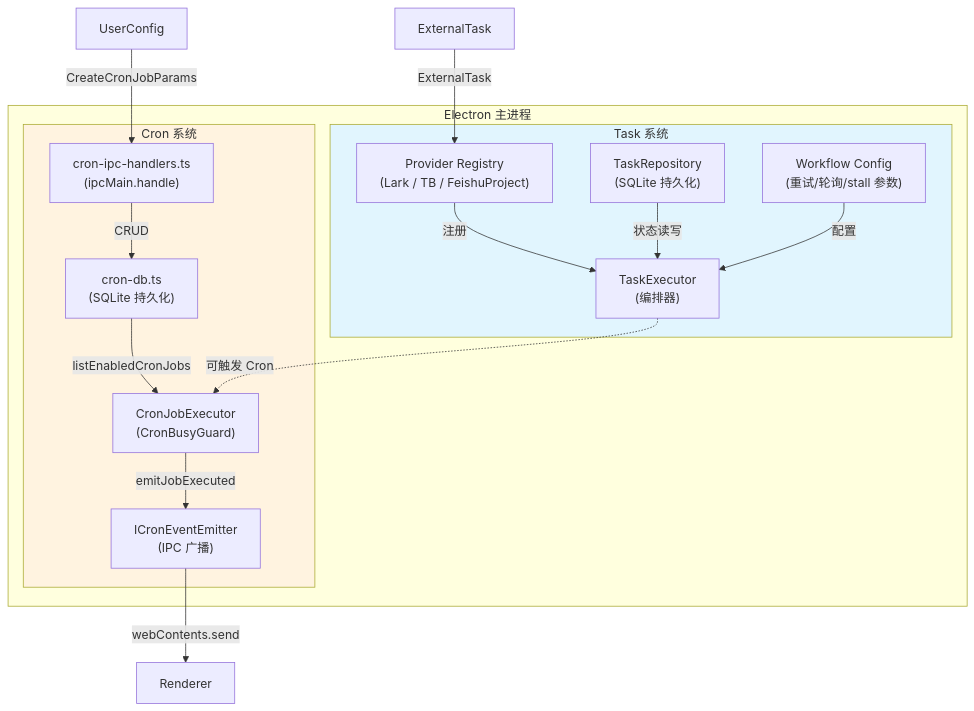
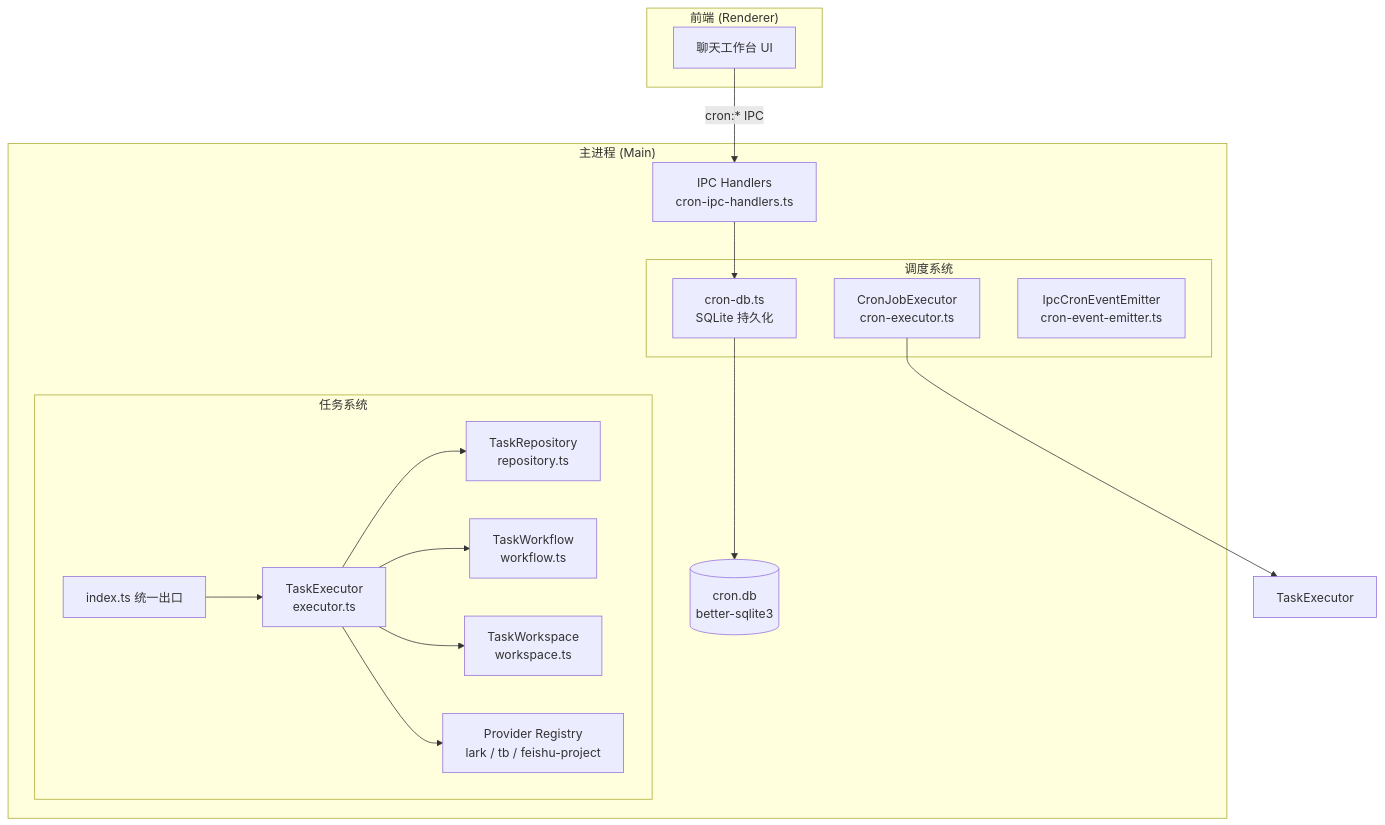
One commit to lst016/tech-cc-hub changed the first of 2 diagrams in .tech/repowiki/zh/content/核心模块规格/任务与调度系统总览.md. Above: the diagram before and after it, drawn with Mermaid. The commit also changed other lines of this file and 176 other files, not shown here.

````diff
--- a/.tech/repowiki/zh/content/核心模块规格/任务与调度系统总览.md
+++ b/.tech/repowiki/zh/content/核心模块规格/任务与调度系统总览.md
@@ -48,34 +52,37 @@
 ```mermaid
-flowchart TB
-    subgraph Electron["Electron 主进程"]
-        subgraph TaskModule["Task 系统"]
-            T_PROVIDER["Provider Registry<br/>(Lark / TB / FeishuProject)"]
-            T_REPO["TaskRepository<br/>(SQLite 持久化)"]
-            T_EXECUTOR["TaskExecutor<br/>(编排器)"]
-            T_WORKFLOW["Workflow Config<br/>(重试/轮询/stall 参数)"]
+flowchart TD
+    subgraph Client["前端 (Renderer)"]
+        UI[聊天工作台 UI]
+    end
+
+    subgraph Main["主进程 (Main)"]
+        IPC[IPC Handlers<br/>cron-ipc-handlers.ts]
+
+        subgraph TaskSystem["任务系统"]
+            TaskIndex[index.ts 统一出口]
+            Executor[TaskExecutor<br/>executor.ts]
+            Repository[TaskRepository<br/>repository.ts]
+            Workflow[TaskWorkflow<br/>workflow.ts]
+            Workspace[TaskWorkspace<br/>workspace.ts]
+            Providers[Provider Registry<br/>lark / tb / feishu-project]
         end
 
-        subgraph CronModule["Cron 系统"]
-            C_DB["cron-db.ts<br/>(SQLite 持久化)"]
-            C_EXECUTOR["CronJobExecutor<br/>(CronBusyGuard)"]
-            C_EMITTER["ICronEventEmitter<br/>(IPC 广播)"]
-            C_IPC["cron-ipc-handlers.ts<br/>(ipcMain.handle)"]
+        subgraph CronSystem["调度系统"]
+            CronDB[cron-db.ts<br/>SQLite 持久化]
+            CronExecutor[CronJobExecutor<br/>cron-executor.ts]
+            CronEmitter[IpcCronEventEmitter<br/>cron-event-emitter.ts]
         end
+
+        DB[(cron.db<br/>better-sqlite3)]
     end
 
-    ExternalTask -->|ExternalTask| T_PROVIDER
-    T_PROVIDER -->|注册| T_EXECUTOR
-    T_REPO -->|状态读写| T_EXECUTOR
-    T_WORKFLOW -->|配置| T_EXECUTOR
-
-    UserConfig -->|CreateCronJobParams| C_IPC
-    C_IPC -->|CRUD| C_DB
-    C_DB -->|listEnabledCronJobs| C_EXECUTOR
-    C_EXECUTOR -->|emitJobExecuted| C_EMITTER
-    C_EMITTER -->|webContents.send| Renderer
-
-    T_EXECUTOR -.->|可触发 Cron| C_EXECUTOR
-
-    style TaskModule fill:#e1f5fe
-    style CronModule fill:#fff3e0
+    UI -->|"cron:* IPC"| IPC
+    IPC --> CronDB
+    CronDB --> DB
+    CronExecutor --> TaskExecutor
+    TaskIndex --> Executor
+    Executor --> Repository
+    Executor --> Workflow
+    Executor --> Workspace
+    Executor --> Providers
 ```
````
